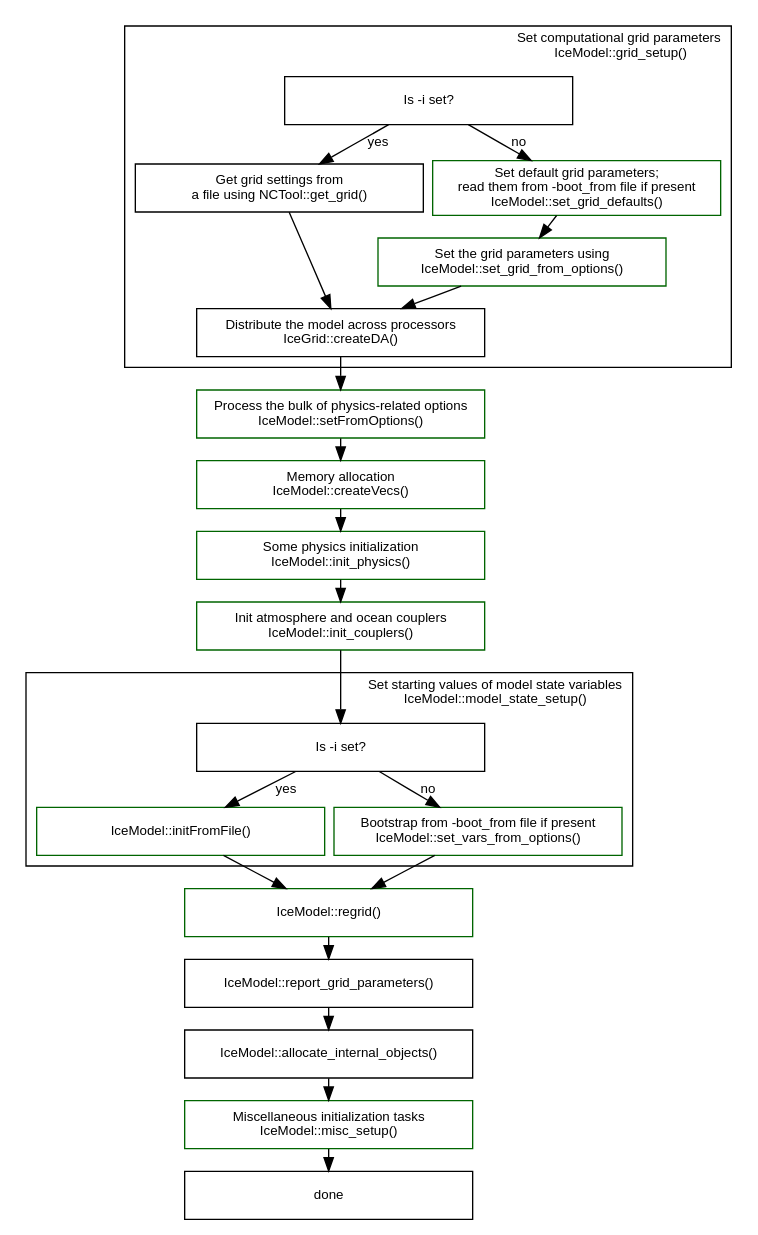
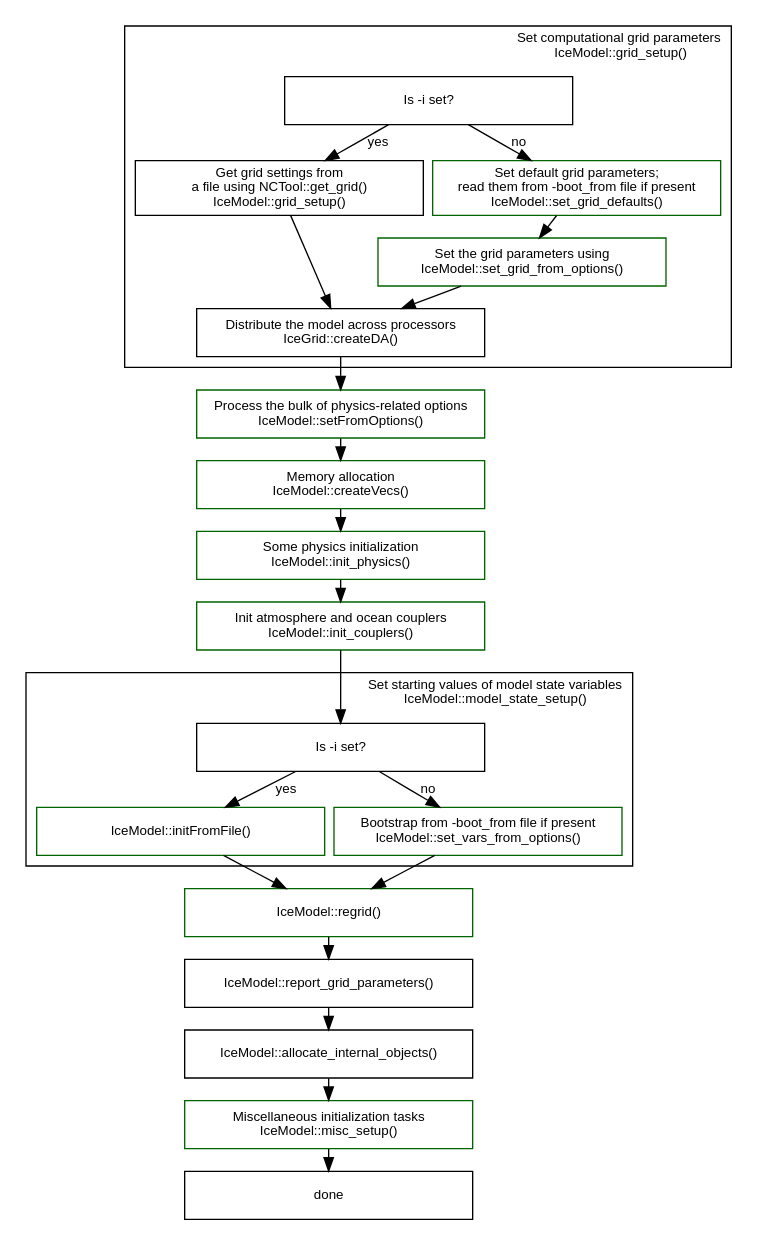
The diagram in doc/initialization-sequence.dot (pism/pism), drawn with Graphviz before and after one commit. The commit also changed 5 other files, not shown here.

```diff
--- a/doc/initialization-sequence.dot
+++ b/doc/initialization-sequence.dot
@@ -1,71 +1,71 @@
 // Use
 // dot -Tpng initialization-sequence.dot -o initialization-sequence.png
 // to create the picture.
 
 digraph pism_init {
   // Global graph parameters
   node [fontname=Arial fontsize=10 shape=box width=3];
   edge [fontname=Arial fontsize=10];
   graph [fontname=Arial fontsize=10 ranksep=0.1 nodesep=0.1];
 
   subgraph cluster_grid {
     label = "Set computational grid parameters\rIceModel::grid_setup()";
     URL = "\ref IceModel::grid_setup()";
     labeljust = r;
 
     is_i_set1 [label = "Is -i set?"];
     {rank=same
-      grid_from_file [label = "Get grid settings from\n a file using NCTool::get_grid()" URL="\ref NCTool::get_grid()"];
+      grid_from_file [label = "Get grid settings from\n a file using NCTool::get_grid()\nIceModel::grid_setup()" URL="\ref NCTool::get_grid()"];
 
       set_grid_defaults [label = "Set default grid parameters;\nread them from -boot_from file if present\nIceModel::set_grid_defaults()" color=darkgreen URL="\ref IceModel::set_grid_defaults()"];
     }
     grid_from_options [label = "Set the grid parameters using\nIceModel::set_grid_from_options()" color=darkgreen URL="\ref IceModel::set_grid_from_options()"];
     is_i_set1 -> set_grid_defaults [label = "no"];
     set_grid_defaults -> grid_from_options;
     is_i_set1 -> grid_from_file [label = "yes"];
 
     createDA [label = "Distribute the model across processors\nIceGrid::createDA()" URL="\ref IceGrid::createDA()"];
     {grid_from_file grid_from_options} -> createDA;
   }
 
   setFromOptions [label = "Process the bulk of physics-related options\nIceModel::setFromOptions()" color=darkgreen URL="\ref IceModel::setFromOptions()"];
   createDA -> setFromOptions;
   
   createVecs [label = "Memory allocation\nIceModel::createVecs()" color=darkgreen URL="\ref IceModel::createVecs()"];
   setFromOptions -> createVecs;
 
   init_physics [label = "Some physics initialization\nIceModel::init_physics()" color=darkgreen URL="\ref IceModel::init_physics()"];
   createVecs -> init_physics;
 
   init_couplers [label = "Init atmosphere and ocean couplers\nIceModel::init_couplers()" color=darkgreen URL="\ref IceModel::init_couplers()"];
   init_physics -> init_couplers;
 
   init_couplers -> is_i_set2;
 
   subgraph cluster_model_state {
     label = "Set starting values of model state variables\rIceModel::model_state_setup()";
     labeljust = r;
     URL = "\ref IceModel::model_state_setup()";
 
     is_i_set2 [label = "Is -i set?"];
 
     initFromFile [label = "IceModel::initFromFile()" color=darkgreen URL="\ref IceModel::initFromFile()"];
     set_values_from_options [label = "Bootstrap from -boot_from file if present\nIceModel::set_vars_from_options()" color=darkgreen URL="\ref IceModel::set_vars_from_options()"];
     is_i_set2 -> initFromFile [label = "yes"];
     is_i_set2 -> set_values_from_options [label = "no"];
   }  
 
   regrid [label = "IceModel::regrid()" color=darkgreen URL="\ref IceModel::regrid()"];
   {initFromFile set_values_from_options} -> regrid;
 
   report [label = "IceModel::report_grid_parameters()" URL="\ref IceModel::report_grid_parameters()"];
   regrid -> report;
 
   allocate_internal_objects [label = "IceModel::allocate_internal_objects()" URL="\ref IceModel::allocate_internal_objects()"];
   report -> allocate_internal_objects;
 
   misc [label = "Miscellaneous initialization tasks\nIceModel::misc_setup()" color=darkgreen URL="\ref IceModel::misc_setup()"];
   allocate_internal_objects -> misc;
 
   misc -> done;
 }
```
